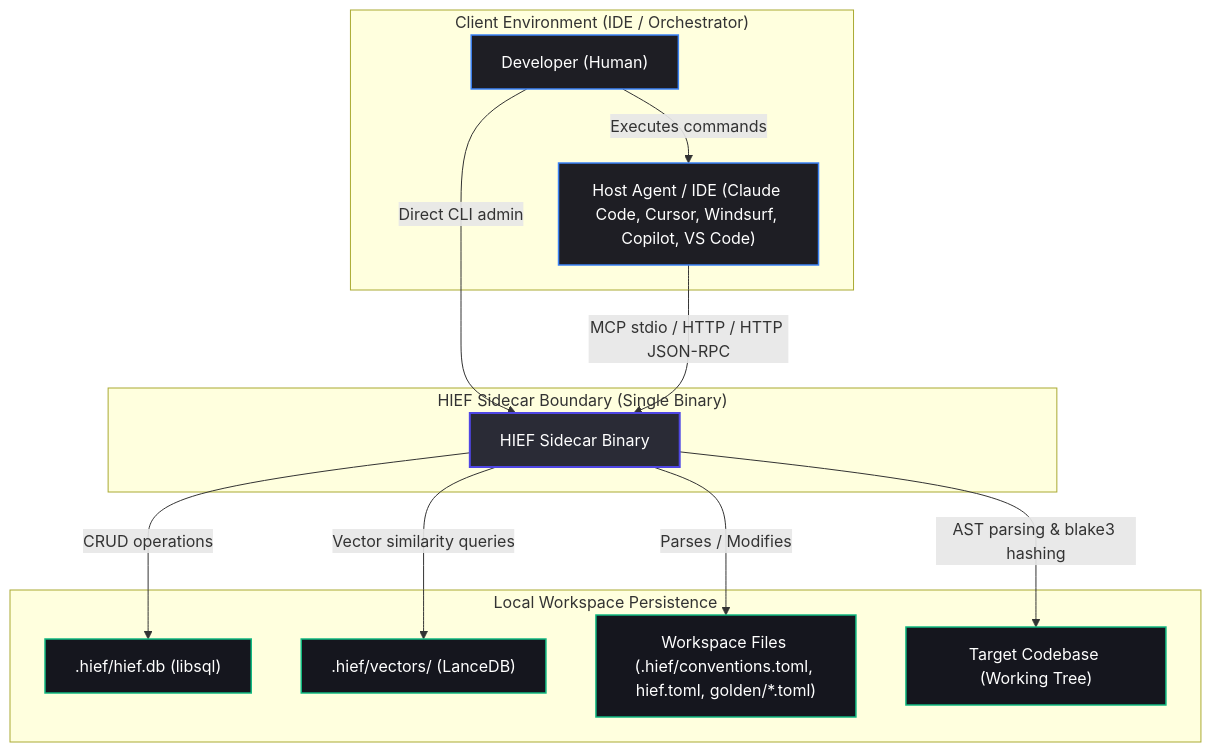
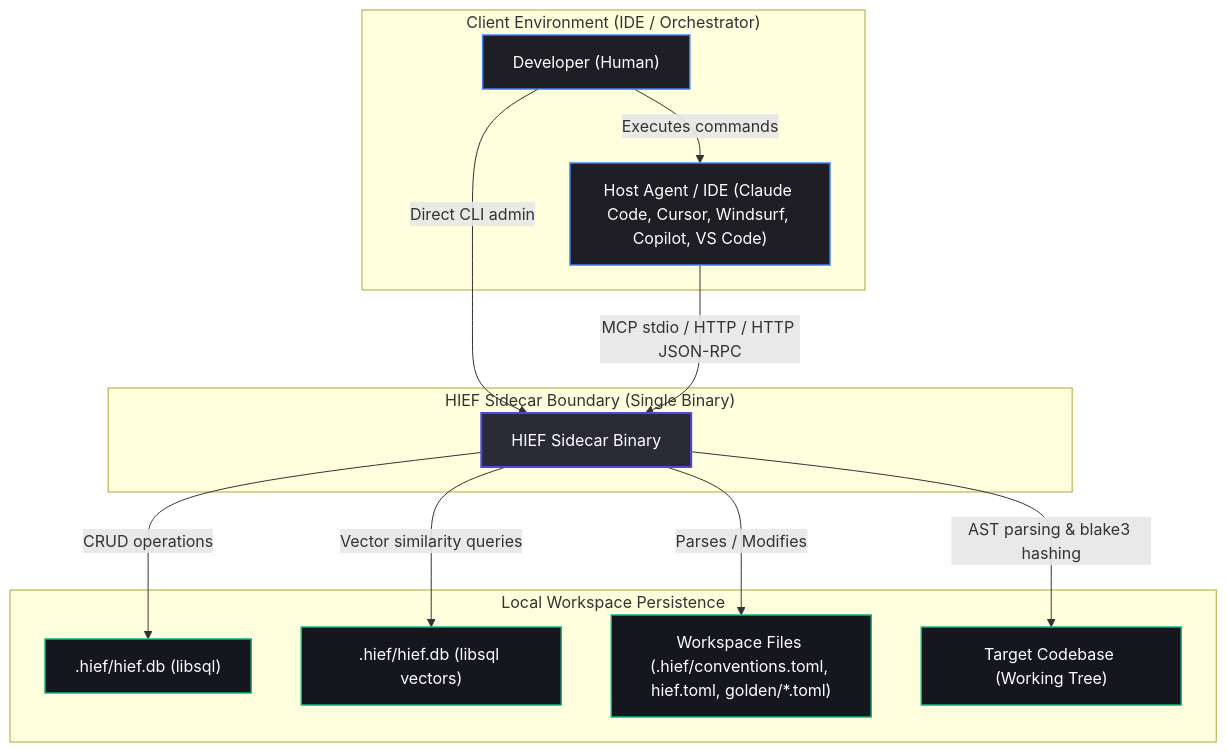
Before and after one commit to hiranp/hief: the first of 5 diagrams in docs/ARCHITECTURE.md, drawn with Mermaid. The commit also changed other lines of this file and 14 other files, not shown here.

First line of the commit message:
feat(index)!: replace LanceDB with libsql native vectors

````diff
--- a/docs/ARCHITECTURE.md
+++ b/docs/ARCHITECTURE.md
@@ -39,34 +39,34 @@
 ```mermaid
 graph TD
     subgraph Client IDE / Host ["Client Environment (IDE / Orchestrator)"]
         User["Developer (Human)"]
         Host["Host Agent / IDE (Claude Code, Cursor, Windsurf, Copilot, VS Code)"]
     end
 
     subgraph Sidecar Boundary ["HIEF Sidecar Boundary (Single Binary)"]
         Hief["HIEF Sidecar Binary"]
     end
 
     subgraph Local Storage ["Local Workspace Persistence"]
         DB[".hief/hief.db (libsql)"]
-        VecDB[".hief/vectors/ (LanceDB)"]
+        VecDB[".hief/hief.db (libsql vectors)"]
         Configs["Workspace Files (.hief/conventions.toml, hief.toml, golden/*.toml)"]
         TargetCode["Target Codebase (Working Tree)"]
     end
 
     %% Interactions
     User -->|Executes commands| Host
     User -->|Direct CLI admin| Hief
     Host -->|MCP stdio / HTTP / HTTP JSON-RPC| Hief
     Hief -->|CRUD operations| DB
     Hief -->|Vector similarity queries| VecDB
     Hief -->|Parses / Modifies| Configs
     Hief -->|AST parsing & blake3 hashing| TargetCode
     
     classDef main fill:#2a2b36,stroke:#4f46e5,stroke-width:2px,color:#fff;
     classDef client fill:#1e1e24,stroke:#3b82f6,stroke-width:1.5px,color:#fff;
     classDef storage fill:#15161e,stroke:#10b981,stroke-width:1.5px,color:#fff;
     class Hief main;
     class User,Host client;
     class DB,VecDB,Configs,TargetCode storage;
 ```
````
